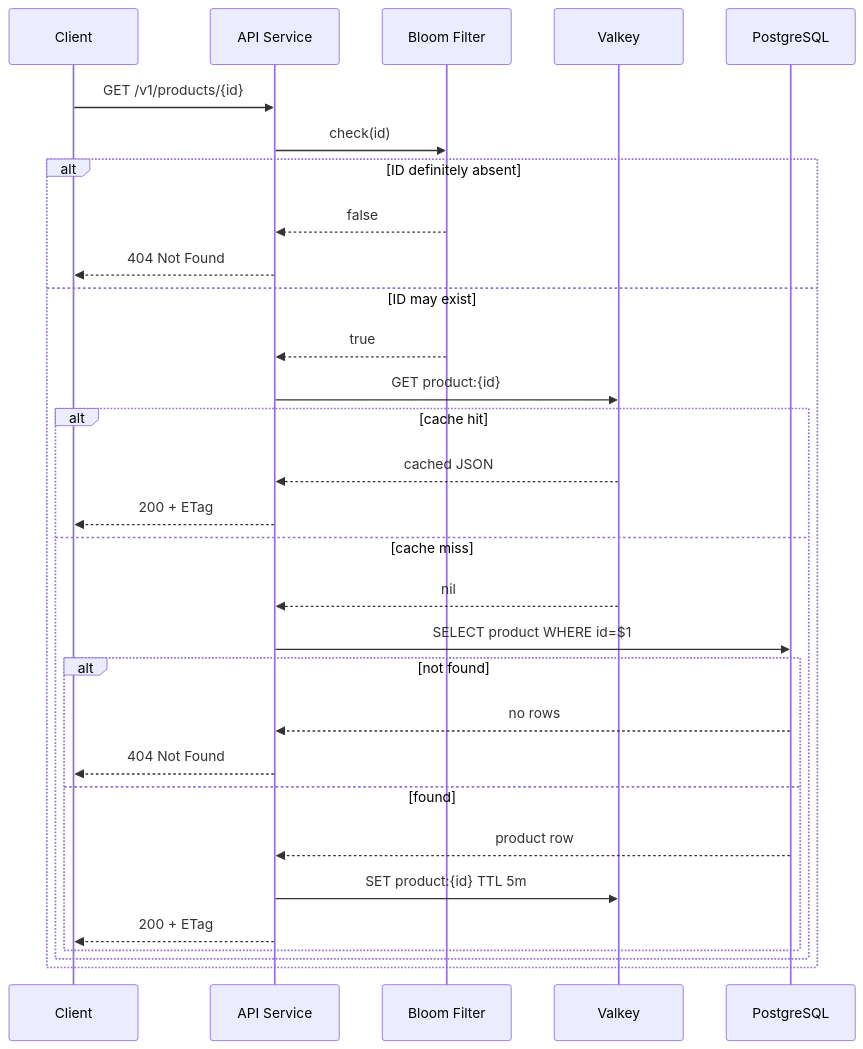
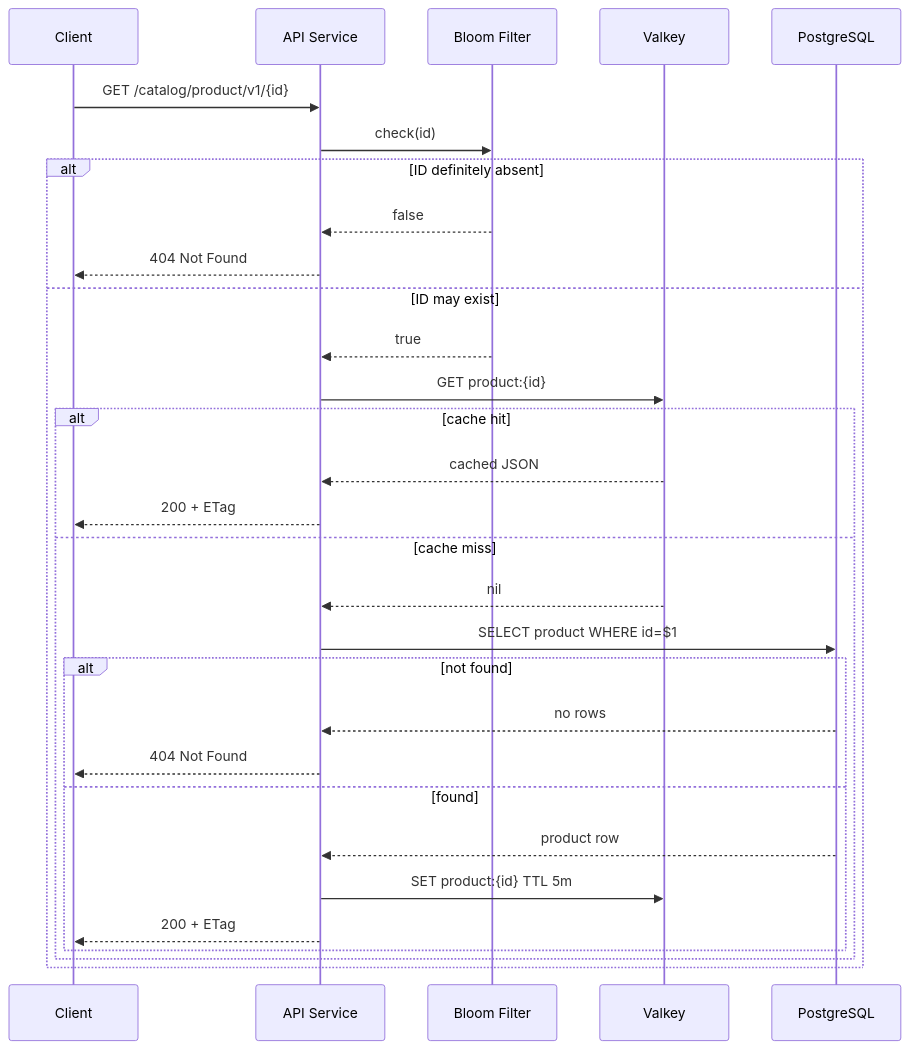
Before and after one commit to shock01/product-catalog: the second of 6 diagrams in DIAGRAM.md, drawn with Mermaid. The commit also changed other lines of this file and 8 other files, not shown here.

````diff
--- a/DIAGRAM.md
+++ b/DIAGRAM.md
@@ -67,33 +67,33 @@
 ```mermaid
 sequenceDiagram
     participant C as Client
     participant A as API Service
     participant BF as Bloom Filter
     participant V as Valkey
     participant PG as PostgreSQL
 
-    C->>A: GET /v1/products/{id}
+    C->>A: GET /catalog/product/v1/{id}
     A->>BF: check(id)
     alt ID definitely absent
         BF-->>A: false
         A-->>C: 404 Not Found
     else ID may exist
         BF-->>A: true
         A->>V: GET product:{id}
         alt cache hit
             V-->>A: cached JSON
             A-->>C: 200 + ETag
         else cache miss
             V-->>A: nil
             A->>PG: SELECT product WHERE id=$1
             alt not found
                 PG-->>A: no rows
                 A-->>C: 404 Not Found
             else found
                 PG-->>A: product row
                 A->>V: SET product:{id} TTL 5m
                 A-->>C: 200 + ETag
             end
         end
     end
 ```
````
